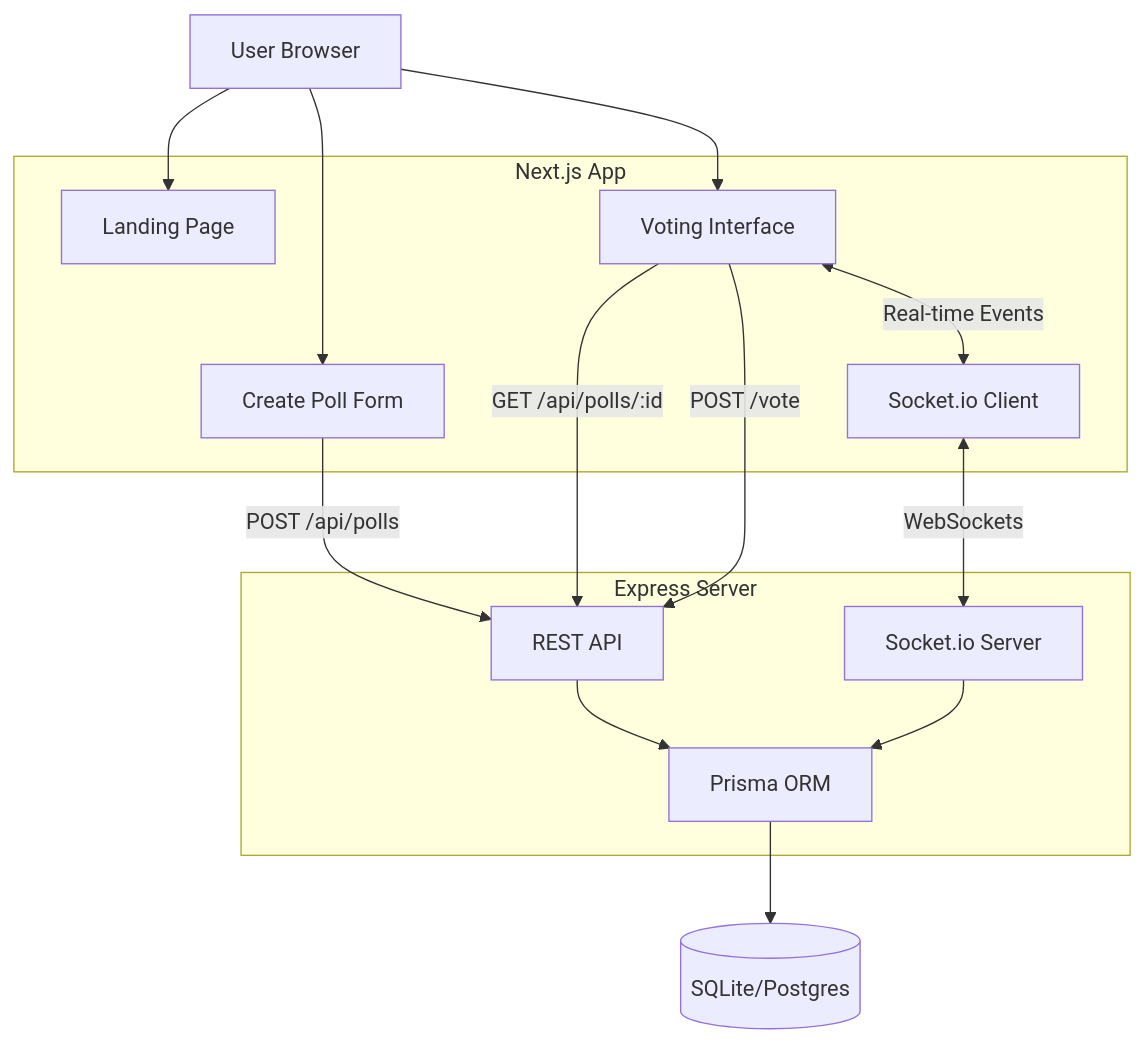
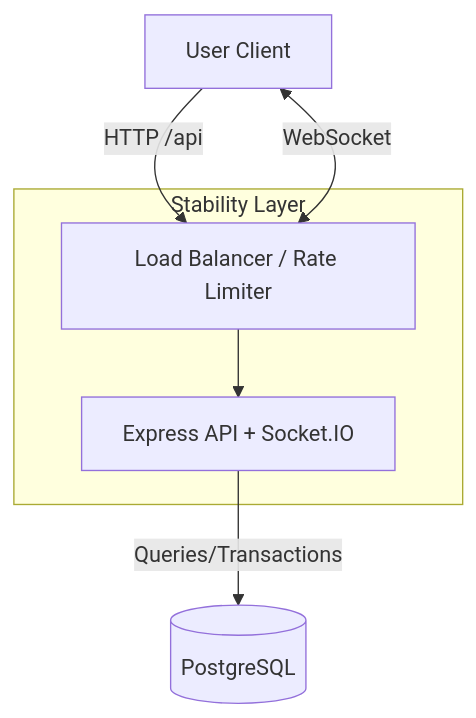
Before and after one commit to masterfighter999/polling_website: the diagram in README.md, drawn with Mermaid. The commit also changed other lines of this file, not shown here.

````diff
--- a/README.md
+++ b/README.md
@@ -17,34 +37,17 @@
 ```mermaid
 graph TD
-    User[User Browser]
+    Client[User Client]
+    LB[Load Balancer / Rate Limiter]
+    Server[Express API + Socket.IO]
+    DB[(PostgreSQL)]
     
-    subgraph Frontend [Next.js App]
-        Landing[Landing Page]
-        Create[Create Poll Form]
-        Vote[Voting Interface]
-        SocketClient[Socket.io Client]
+    Client -->|HTTP /api| LB
+    Client <-->|WebSocket| LB
+    LB --> Server
+    Server -->|Queries/Transactions| DB
+    
+    subgraph "Stability Layer"
+        LB
+        Server
     end
-    
-    subgraph Backend [Express Server]
-        API[REST API]
-        SocketServer[Socket.io Server]
-        Prisma[Prisma ORM]
-    end
-    
-    Database[(SQLite/Postgres)]
-
-    User --> Landing
-    User --> Create
-    User --> Vote
-    
-    Create -->|POST /api/polls| API
-    Vote -->|GET /api/polls/:id| API
-    Vote -->|POST /vote| API
-    
-    Vote <-->|Real-time Events| SocketClient
-    SocketClient <-->|WebSockets| SocketServer
-    
-    API --> Prisma
-    SocketServer --> Prisma
-    Prisma --> Database
 ```
````
